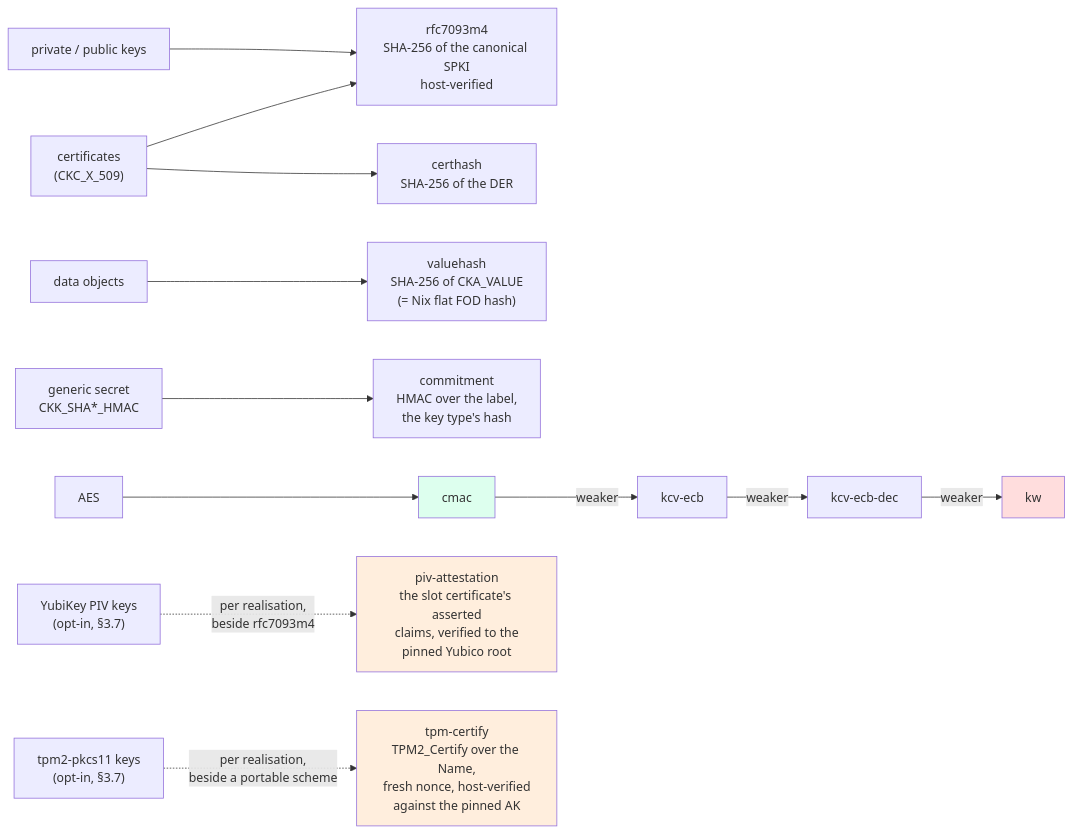
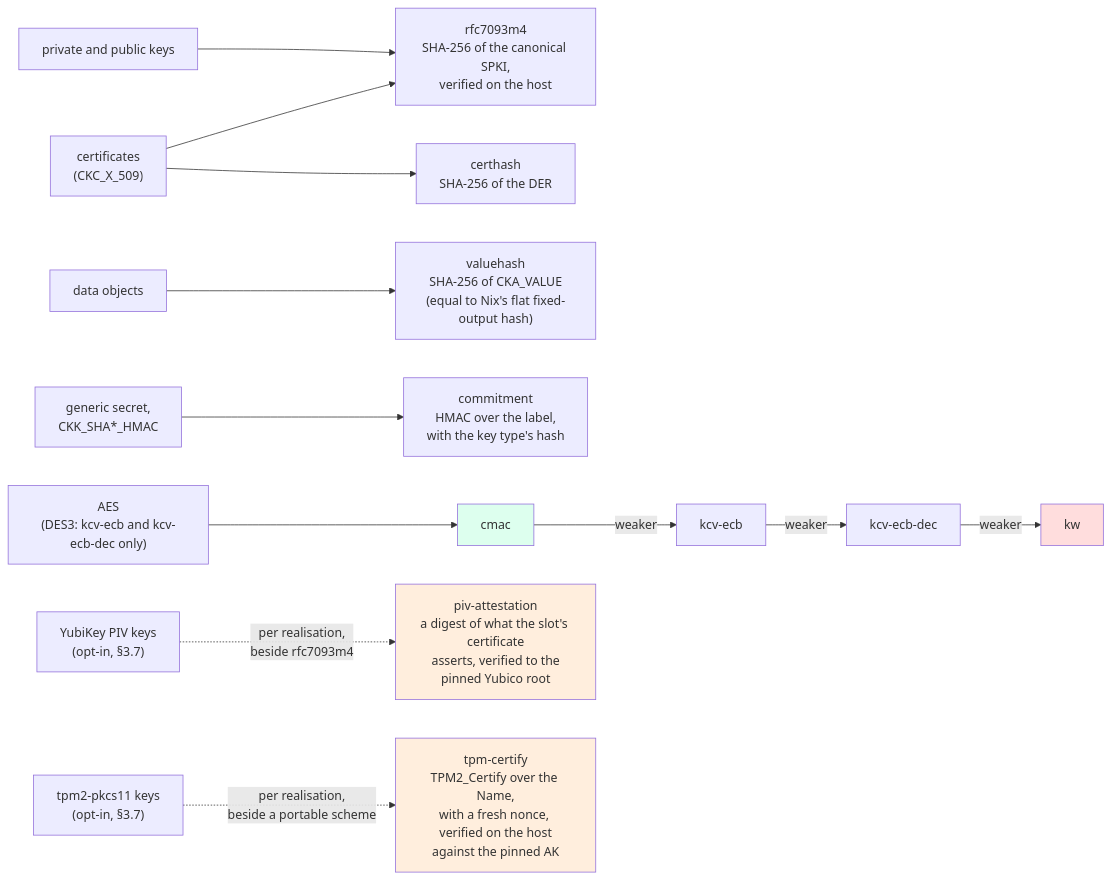
One commit to Princemachiavelli/cakeys changed the fourth of 5 diagrams in docs/diagrams.md. Above: the diagram before and after it, drawn with Mermaid. The commit also changed other lines of this file, not shown here.

````diff
--- a/docs/diagrams.md
+++ b/docs/diagrams.md
@@ -110,18 +118,18 @@
 ```mermaid
 flowchart LR
-    PK["private / public keys"] --> R["rfc7093m4<br/>SHA-256 of the canonical SPKI<br/>host-verified"]
+    PK["private and public keys"] --> R["rfc7093m4<br/>SHA-256 of the canonical SPKI,<br/>verified on the host"]
     C["certificates<br/>(CKC_X_509)"] --> CH["certhash<br/>SHA-256 of the DER"]
     C --> R
-    D["data objects"] --> VH["valuehash<br/>SHA-256 of CKA_VALUE<br/>(= Nix flat FOD hash)"]
-    G["generic secret<br/>CKK_SHA*_HMAC"] --> COM["commitment<br/>HMAC over the label,<br/>the key type's hash"]
-    A["AES"] --> CM["cmac"]
+    D["data objects"] --> VH["valuehash<br/>SHA-256 of CKA_VALUE<br/>(equal to Nix's flat fixed-output hash)"]
+    G["generic secret,<br/>CKK_SHA*_HMAC"] --> COM["commitment<br/>HMAC over the label,<br/>with the key type's hash"]
+    A["AES<br/>(DES3: kcv-ecb and kcv-ecb-dec only)"] --> CM["cmac"]
     CM -- weaker --> K1["kcv-ecb"]
     K1 -- weaker --> K2["kcv-ecb-dec"]
     K2 -- weaker --> KW["kw"]
-    YK["YubiKey PIV keys<br/>(opt-in, §3.7)"] -. "per realisation,<br/>beside rfc7093m4" .-> PA["piv-attestation<br/>the slot certificate's asserted<br/>claims, verified to the<br/>pinned Yubico root"]
-    TP["tpm2-pkcs11 keys<br/>(opt-in, §3.7)"] -. "per realisation,<br/>beside a portable scheme" .-> TC["tpm-certify<br/>TPM2_Certify over the Name,<br/>fresh nonce, host-verified<br/>against the pinned AK"]
+    YK["YubiKey PIV keys<br/>(opt-in, §3.7)"] -. "per realisation,<br/>beside rfc7093m4" .-> PA["piv-attestation<br/>a digest of what the slot's certificate<br/>asserts, verified to the<br/>pinned Yubico root"]
+    TP["tpm2-pkcs11 keys<br/>(opt-in, §3.7)"] -. "per realisation,<br/>beside a portable scheme" .-> TC["tpm-certify<br/>TPM2_Certify over the Name,<br/>with a fresh nonce, verified on the host<br/>against the pinned AK"]
     style CM fill:#dfe
     style KW fill:#fdd
     style PA fill:#fed
     style TC fill:#fed
 ```
````
